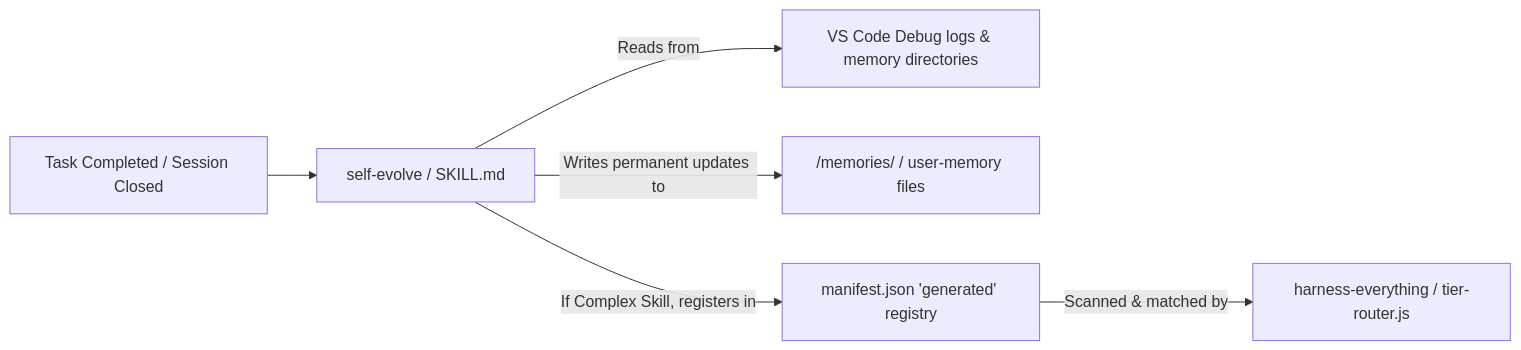
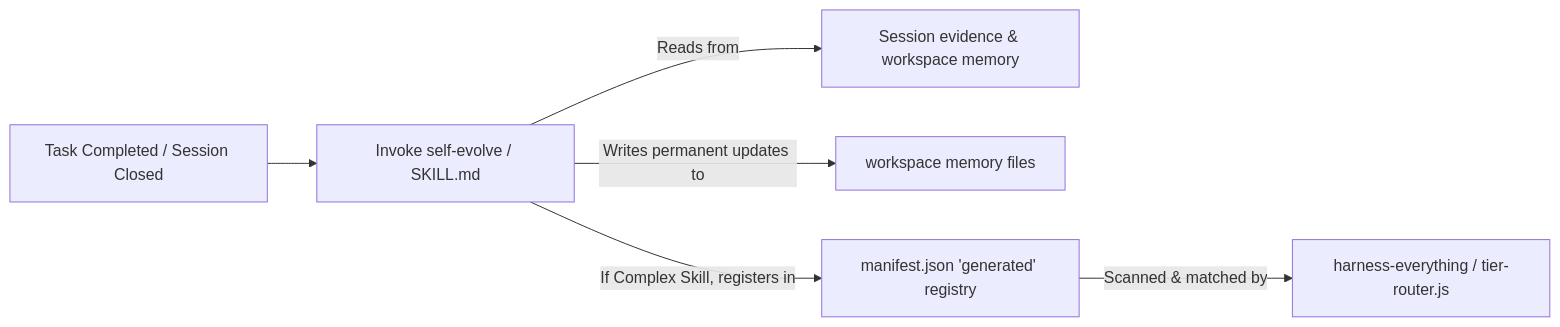
One commit to dyphn1/Harness-everything changed the second of 3 diagrams in docs/workflows/self-evolve.md. Above: the diagram before and after it, drawn with Mermaid. The commit also changed other lines of this file and 59 other files, not shown here.

````diff
--- a/docs/workflows/self-evolve.md
+++ b/docs/workflows/self-evolve.md
@@ -35,8 +35,8 @@
 ```mermaid
 graph LR
-  SessionEnd["Task Completed / Session Closed"] --> Evolve["self-evolve / SKILL.md"]
-  Evolve -->|Reads from| HistoryLog["VS Code Debug logs & memory directories"]
-  Evolve -->|Writes permanent updates to| UserMemory["/memories/ / user-memory files"]
+  SessionEnd["Task Completed / Session Closed"] --> Evolve["Invoke self-evolve / SKILL.md"]
+  Evolve -->|Reads from| HistoryLog["Session evidence & workspace memory"]
+  Evolve -->|Writes permanent updates to| UserMemory["workspace memory files"]
   Evolve -->|If Complex Skill, registers in| Manifest["manifest.json 'generated' registry"]
   Manifest -->|Scanned & matched by| Router["harness-everything / tier-router.js"]
 ```
````
